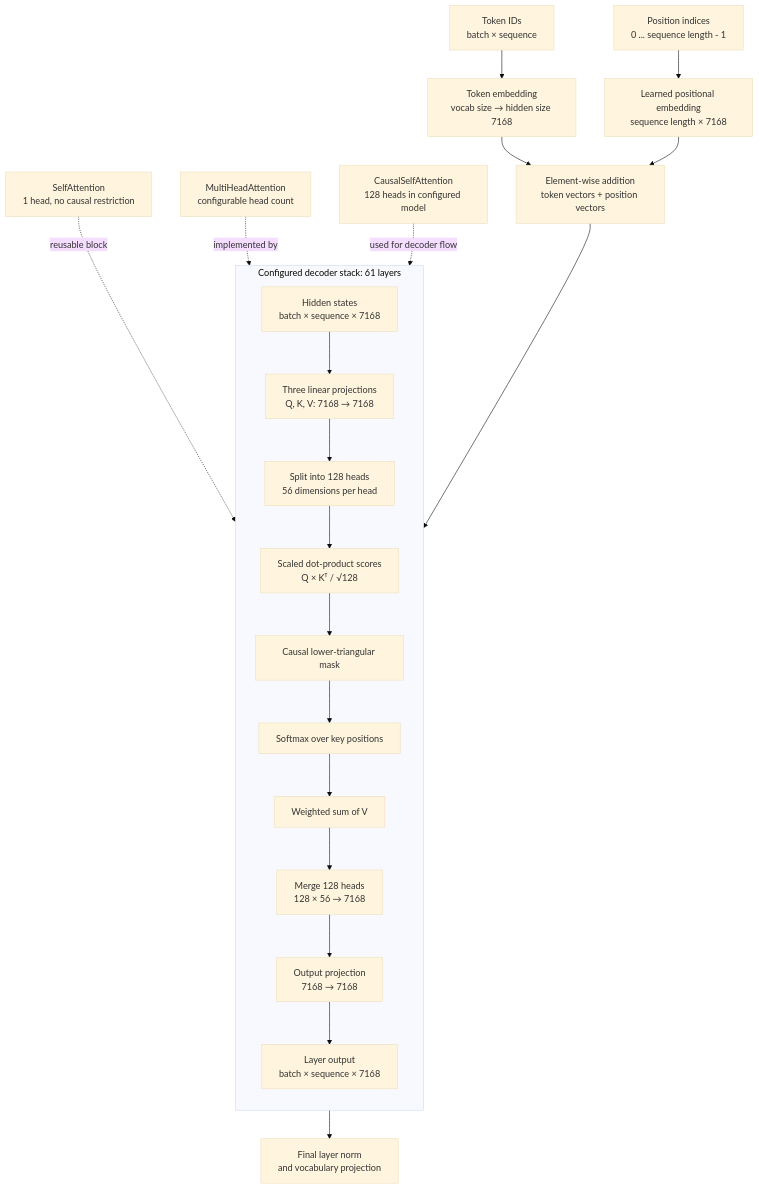
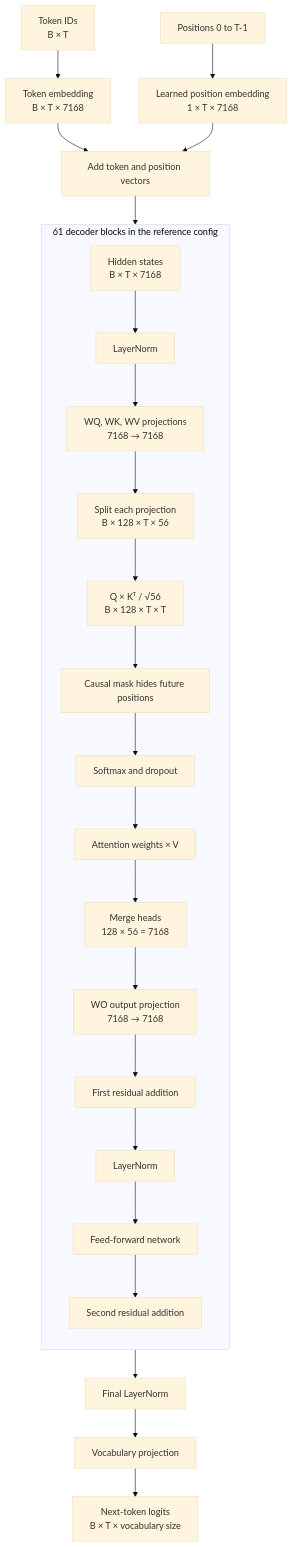
The diagram in docs/02b-attention.md (gaurav98095/deepseek-from-scratch), drawn with Mermaid (base theme) before and after one commit. The commit also changed other lines of this file and 5 other files, not shown here.

````diff
--- a/docs/02b-attention.md
+++ b/docs/02b-attention.md
@@ -36,29 +46,30 @@
 ```mermaid
 flowchart TB
-    Tokens[Token IDs<br/>batch × sequence] --> TokenEmbedding[Token embedding<br/>vocab size → hidden size 7168]
-    Positions[Position indices<br/>0 ... sequence length - 1] --> PositionEmbedding[Learned positional embedding<br/>sequence length × 7168]
-    TokenEmbedding --> Add[Element-wise addition<br/>token vectors + position vectors]
-    PositionEmbedding --> Add
+    IDs[Token IDs<br/>B × T] --> Token[Token embedding<br/>B × T × 7168]
+    PosIDs[Positions 0 to T-1] --> Pos[Learned position embedding<br/>1 × T × 7168]
+    Token --> Add[Add token and position vectors]
+    Pos --> Add
 
-    Add --> LayerStack
-
-    subgraph LayerStack[Configured decoder stack: 61 layers]
+    Add --> Stack
+    subgraph Stack[61 decoder blocks in the reference config]
         direction TB
-        LayerInput[Hidden states<br/>batch × sequence × 7168]
-        LayerInput --> QKV[Three linear projections<br/>Q, K, V: 7168 → 7168]
-        QKV --> Split[Split into 128 heads<br/>56 dimensions per head]
-        Split --> Scores[Scaled dot-product scores<br/>Q × Kᵀ / √128]
-        Scores --> Mask[Causal lower-triangular mask]
-        Mask --> Softmax[Softmax over key positions]
-        Softmax --> Weighted[Weighted sum of V]
-        Weighted --> Merge[Merge 128 heads<br/>128 × 56 → 7168]
-        Merge --> OutputProjection[Output projection<br/>7168 → 7168]
-        OutputProjection --> LayerOutput[Layer output<br/>batch × sequence × 7168]
+        Input[Hidden states<br/>B × T × 7168]
+        Input --> Norm1[LayerNorm]
+        Norm1 --> Projections[WQ, WK, WV projections<br/>7168 → 7168]
+        Projections --> Split[Split each projection<br/>B × 128 × T × 56]
+        Split --> Scores[Q × Kᵀ / √56<br/>B × 128 × T × T]
+        Scores --> Mask[Causal mask hides future positions]
+        Mask --> Weights[Softmax and dropout]
+        Weights --> Values[Attention weights × V]
+        Values --> Merge[Merge heads<br/>128 × 56 = 7168]
+        Merge --> Out[WO output projection<br/>7168 → 7168]
+        Out --> Residual1[First residual addition]
+        Residual1 --> Norm2[LayerNorm]
+        Norm2 --> MLP[Feed-forward network]
+        MLP --> Residual2[Second residual addition]
     end
 
-    LayerStack --> Logits[Final layer norm<br/>and vocabulary projection]
-
-    Single[SelfAttention<br/>1 head, no causal restriction] -. reusable block .-> QKV
-    Multi[MultiHeadAttention<br/>configurable head count] -. implemented by .-> QKV
-    Causal[CausalSelfAttention<br/>128 heads in configured model] -. used for decoder flow .-> Mask
+    Stack --> FinalNorm[Final LayerNorm]
+    FinalNorm --> LMHead[Vocabulary projection]
+    LMHead --> Logits[Next-token logits<br/>B × T × vocabulary size]
 ```
````
